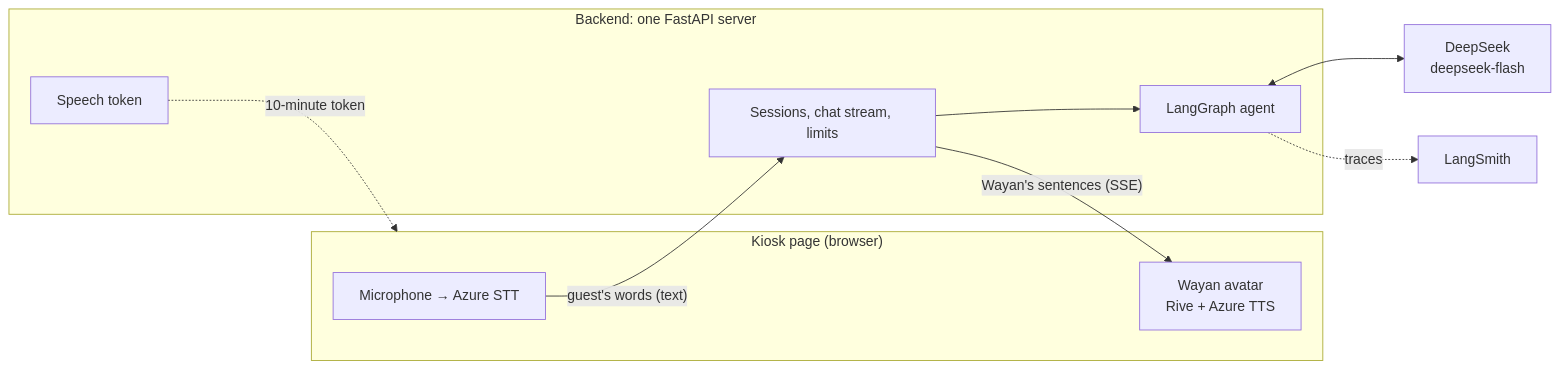
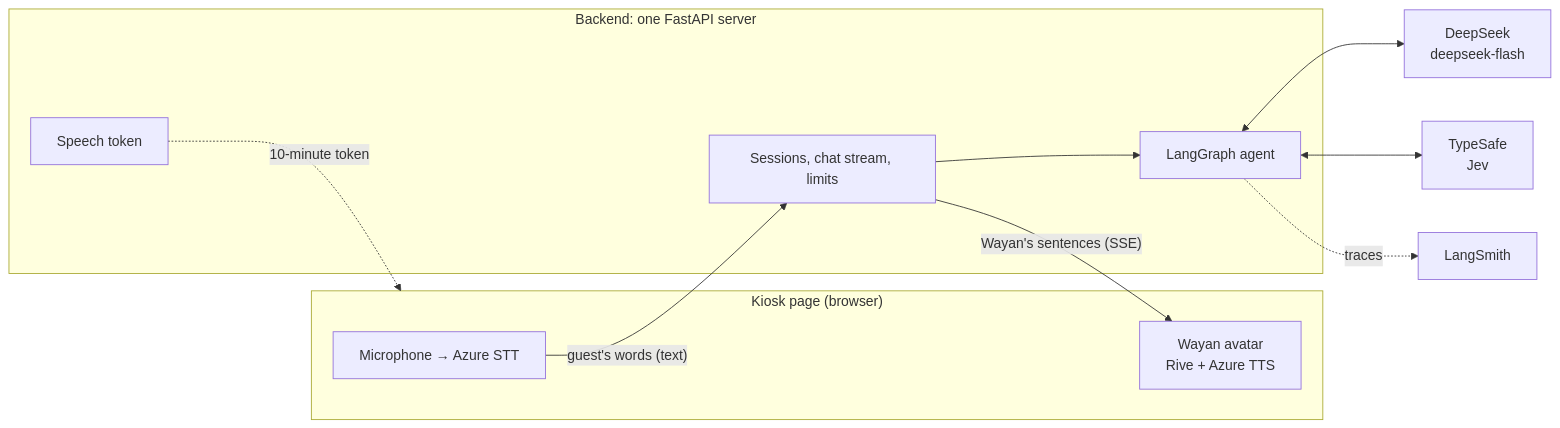
The first of 3 diagrams in docs/architecture.md (rozi-bb/avatar-chatbot), drawn with Mermaid before and after one commit. The commit also changed other lines of this file and 13 other files, not shown here.

First line of the commit message:
feat: give the message screen a second look with TypeSafe Jev

````diff
--- a/docs/architecture.md
+++ b/docs/architecture.md
@@ -11,18 +11,19 @@
 ```mermaid
 flowchart LR
     subgraph Kiosk["Kiosk page (browser)"]
         MIC["Microphone → Azure STT"]
         AV["Wayan avatar<br/>Rive + Azure TTS"]
     end
     subgraph Server["Backend: one FastAPI server"]
         API["Sessions, chat stream, limits"]
         G["LangGraph agent"]
         TOK["Speech token"]
     end
     MIC -- "guest's words (text)" --> API
     API -- "Wayan's sentences (SSE)" --> AV
     API --> G
     G <--> DS["DeepSeek<br/>deepseek-flash"]
+    G <--> TS["TypeSafe<br/>Jev"]
     G -. traces .-> LS["LangSmith"]
     TOK -. "10-minute token" .-> Kiosk
 ```
````
